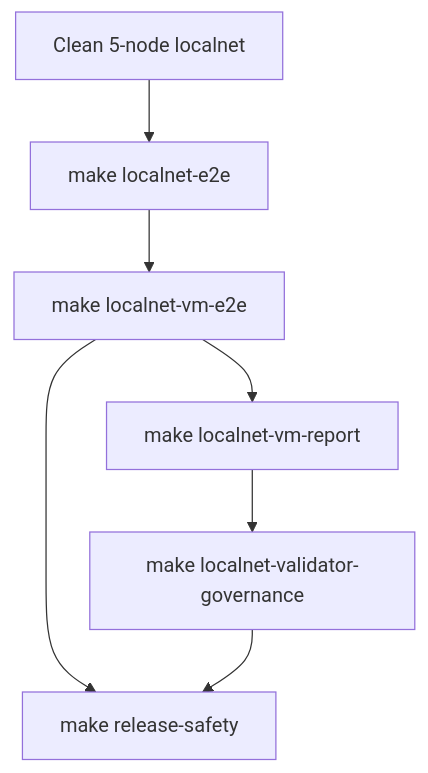
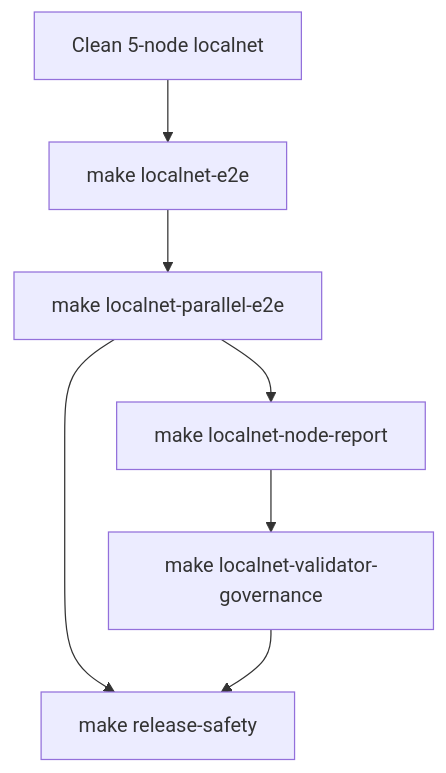
One commit to xian-technology/xian-docs-web changed the first of 2 diagrams in node/localnet-e2e.md. Above: the diagram before and after it, drawn with Mermaid. The commit also changed other lines of this file and 38 other files, not shown here.

````diff
--- a/node/localnet-e2e.md
+++ b/node/localnet-e2e.md
@@ -34,16 +34,16 @@
 ```mermaid
 flowchart TD
   Clean["Clean 5-node localnet"]
   Layered["make localnet-e2e"]
-  VM["make localnet-vm-e2e"]
-  Report["make localnet-vm-report"]
+  Parallel["make localnet-parallel-e2e"]
+  Report["make localnet-node-report"]
   Governance["make localnet-validator-governance"]
   Release["make release-safety"]
 
   Clean --> Layered
-  Layered --> VM
-  VM --> Report
+  Layered --> Parallel
+  Parallel --> Report
   Report --> Governance
-  VM --> Release
+  Parallel --> Release
   Governance --> Release
 ```
````
